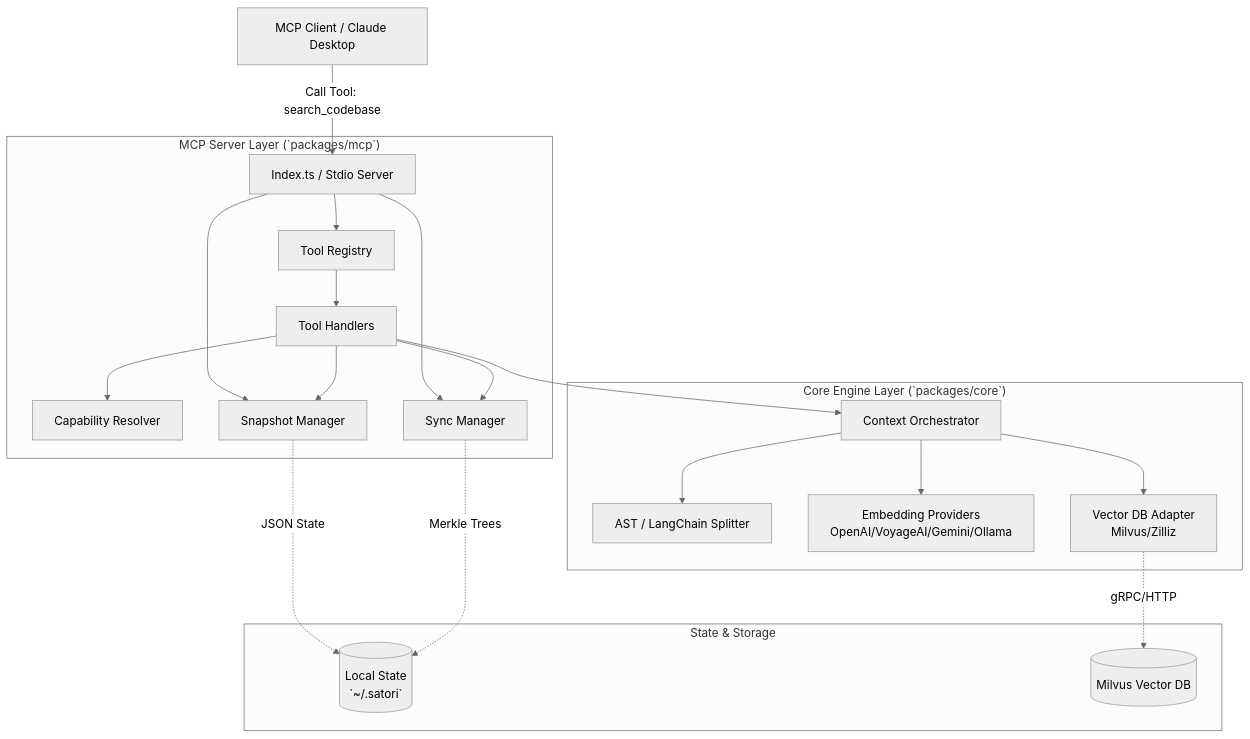
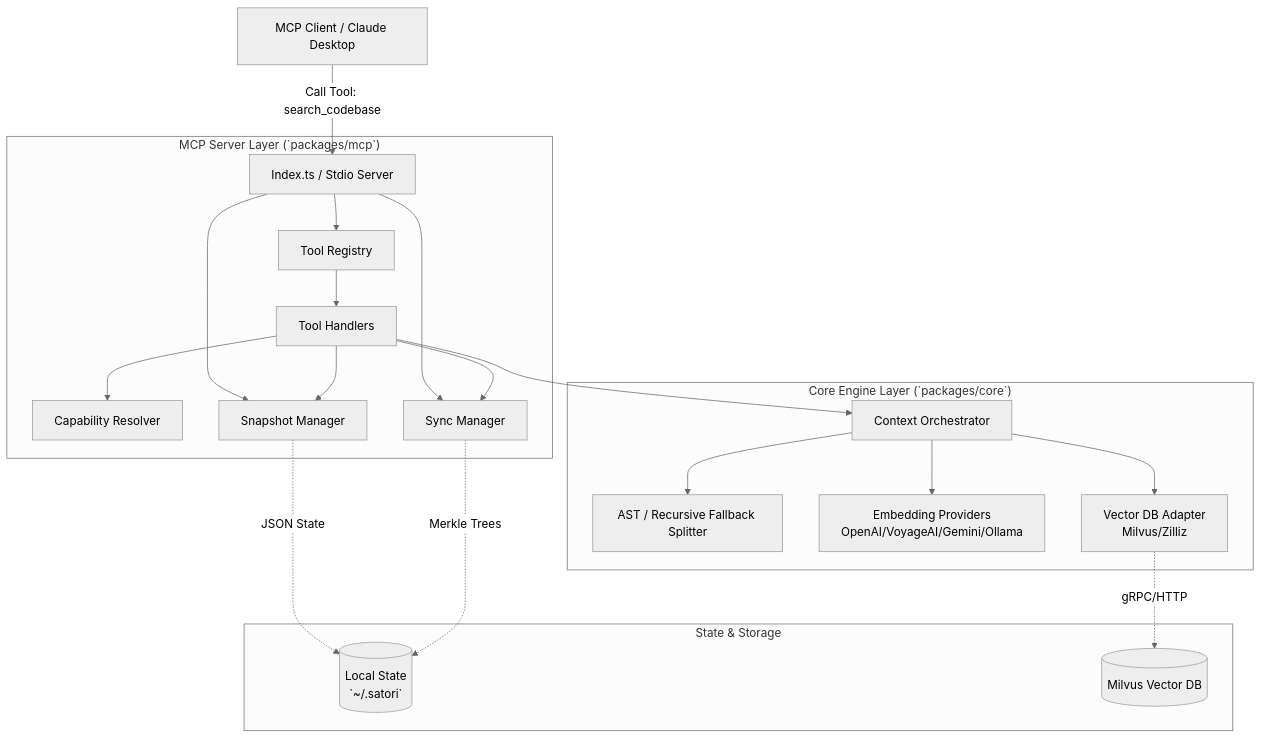
One commit to ham-zax/satori changed the first of 3 diagrams in docs/ARCHITECTURE.md. Above: the diagram before and after it, drawn with Mermaid (neutral theme). The commit also changed other lines of this file and 42 other files, not shown here.

````diff
--- a/docs/ARCHITECTURE.md
+++ b/docs/ARCHITECTURE.md
@@ -10,45 +10,45 @@
 ```mermaid
 graph TD
     %% Entities
     Client[MCP Client / Claude Desktop]
     
     subgraph "MCP Server Layer (`packages/mcp`)"
         Server[Index.ts / Stdio Server]
         ToolReg[Tool Registry]
         Handlers[Tool Handlers]
         CapRes[Capability Resolver]
         SnapMan[Snapshot Manager]
         SyncMan[Sync Manager]
         
         Server --> ToolReg
         Server --> SnapMan
         Server --> SyncMan
         ToolReg --> Handlers
         Handlers --> CapRes
         Handlers --> SnapMan
         Handlers --> SyncMan
     end
     
     subgraph "Core Engine Layer (`packages/core`)"
         Context[Context Orchestrator]
-        Split[AST / LangChain Splitter]
+        Split[AST / Recursive Fallback Splitter]
         Embed[Embedding Providers<br/>OpenAI/VoyageAI/Gemini/Ollama]
         VecDB[Vector DB Adapter<br/>Milvus/Zilliz]
         
         Handlers --> Context
         Context --> Split
         Context --> Embed
         Context --> VecDB
     end
     
     subgraph "State & Storage"
         LocalState[(Local State<br/>`~/.satori`)]
         Milvus[(Milvus Vector DB)]
         
         SnapMan -.->|JSON State| LocalState
         SyncMan -.->|Merkle Trees| LocalState
         VecDB -.->|gRPC/HTTP| Milvus
     end
 
     Client -- "Call Tool: search_codebase" --> Server
 ```
````
